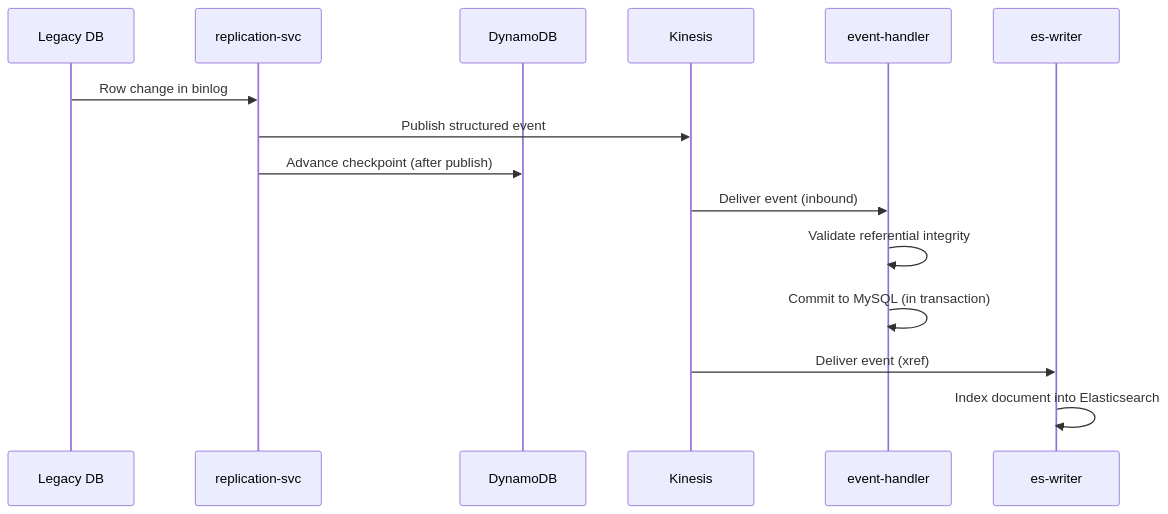
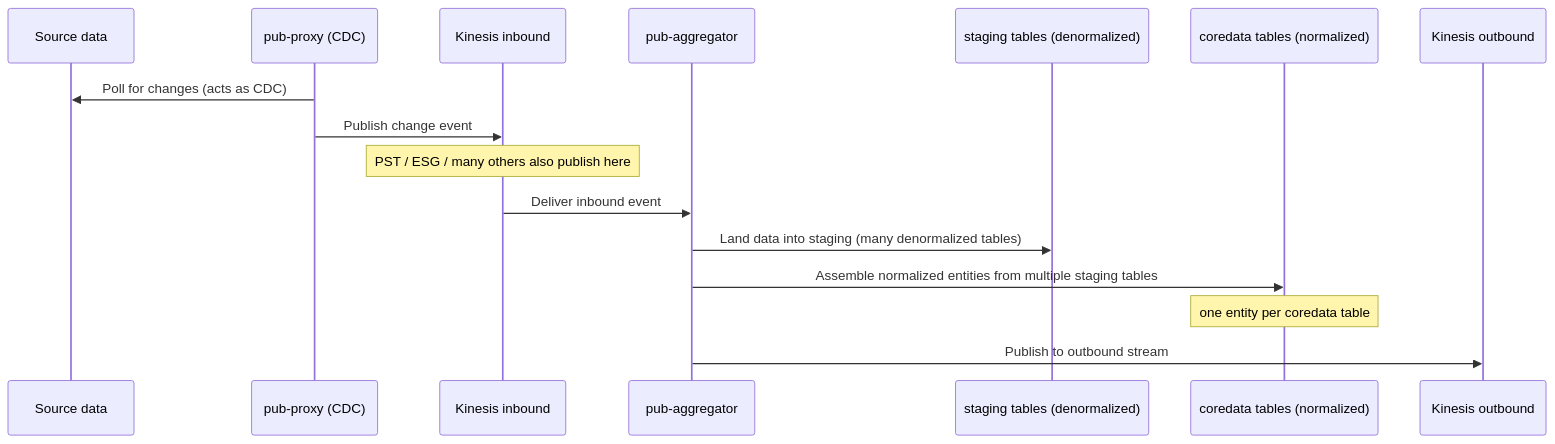
The third of 7 diagrams in Technical Skills/CoreDataPlatform.md (pprakashbh/puneet_wellington_account_screening), drawn with Mermaid before and after one commit. The commit also changed other lines of this file, not shown here.

Commit message:
Updated Technical Diagram

````diff
--- a/Technical Skills/CoreDataPlatform.md
+++ b/Technical Skills/CoreDataPlatform.md
@@ -123,17 +122,18 @@
 ```mermaid
 sequenceDiagram
-    participant Legacy as Legacy DB
-    participant CDC as replication-svc
-    participant Chk as DynamoDB
-    participant Stream as Kinesis
-    participant EH as event-handler
-    participant ESW as es-writer
-    Legacy->>CDC: Row change in binlog
-    CDC->>Stream: Publish structured event
-    CDC->>Chk: Advance checkpoint (after publish)
-    Stream->>EH: Deliver event (inbound)
-    EH->>EH: Validate referential integrity
-    EH->>EH: Commit to MySQL (in transaction)
-    Stream->>ESW: Deliver event (xref)
-    ESW->>ESW: Index document into Elasticsearch
+    participant Src as Source data
+    participant Proxy as pub-proxy (CDC)
+    participant In as Kinesis inbound
+    participant Agg as pub-aggregator
+    participant Stg as staging tables (denormalized)
+    participant Core as coredata tables (normalized)
+    participant Out as Kinesis outbound
+    Proxy->>Src: Poll for changes (acts as CDC)
+    Proxy->>In: Publish change event
+    Note over In: PST / ESG / many others also publish here
+    In->>Agg: Deliver inbound event
+    Agg->>Stg: Land data into staging (many denormalized tables)
+    Agg->>Core: Assemble normalized entities from multiple staging tables
+    Note over Core: one entity per coredata table
+    Agg->>Out: Publish to outbound stream
 ```
````
